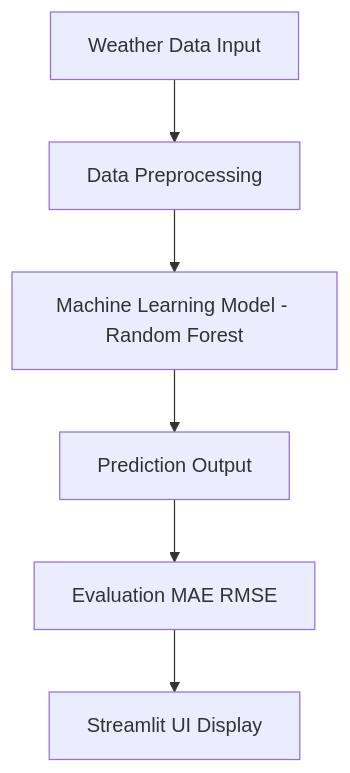
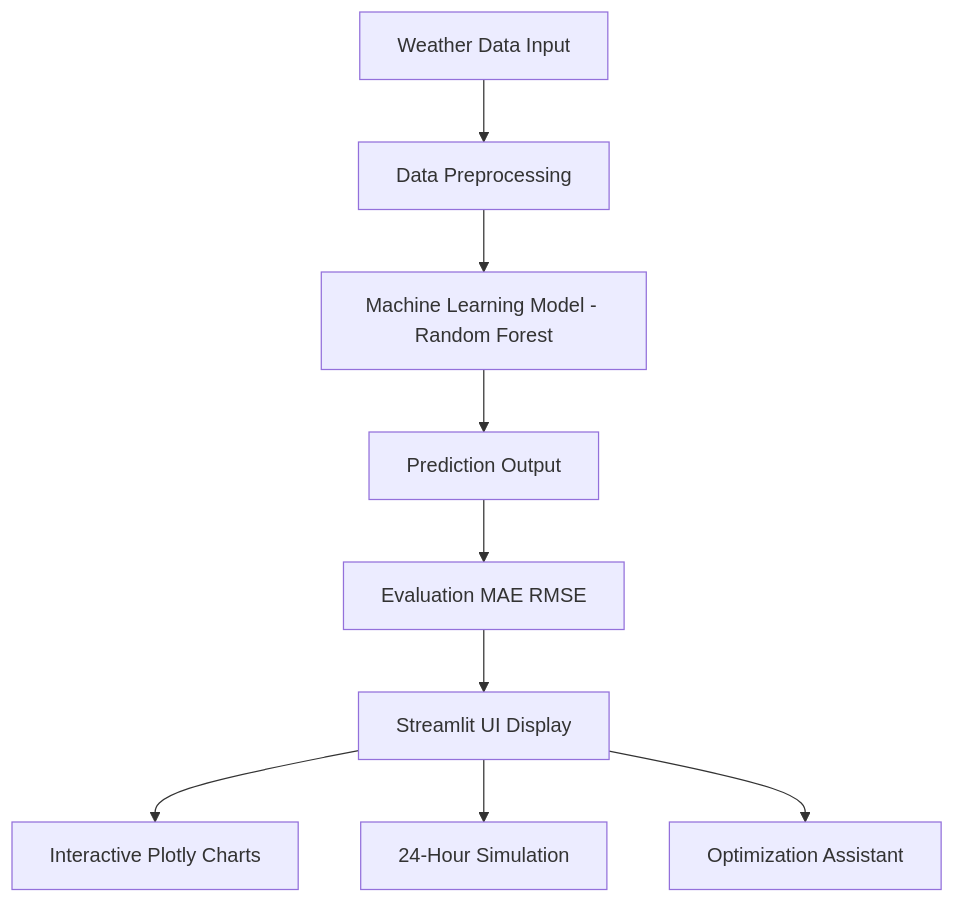
One commit to dncoder14/solar_forecasting changed the diagram in README.md. Above: the diagram before and after it, drawn with Mermaid. The commit also changed other lines of this file, not shown here.

````diff
--- a/README.md
+++ b/README.md
@@ -3,8 +50,11 @@
 ```mermaid
 flowchart TD
     A[Weather Data Input] --> B[Data Preprocessing]
     B --> C[Machine Learning Model - Random Forest]
     C --> D[Prediction Output]
     D --> E[Evaluation MAE RMSE]
     E --> F[Streamlit UI Display]
+    F --> G[Interactive Plotly Charts]
+    F --> H[24-Hour Simulation]
+    F --> I[Optimization Assistant]
 ```
````
